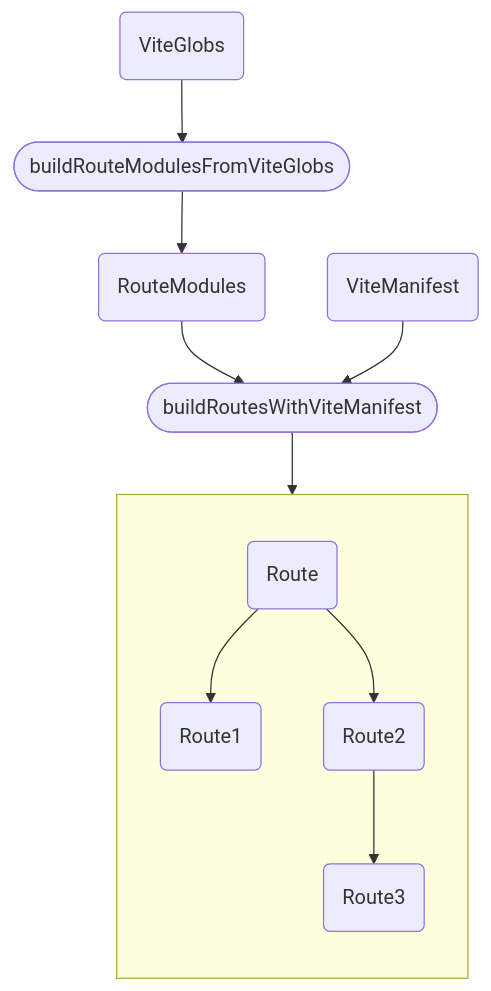
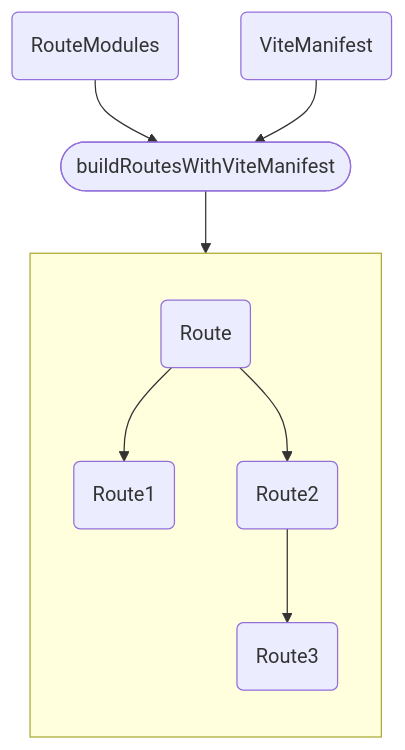
One commit to eu-ge-ne/enrouter changed the diagram in apps/web/src/app/docs/arch/routes/index.md. Above: the diagram before and after it, drawn with Mermaid. The commit also changed 75 other files, not shown here.

Commit message:
feat: route modules plugin (#69)

````diff
--- a/apps/web/src/app/docs/arch/routes/index.md
+++ b/apps/web/src/app/docs/arch/routes/index.md
@@ -5,28 +5,22 @@
 ```mermaid
 graph TB
-  VG(ViteGlobs)
+  RM(RouteModules)
   VM(ViteManifest)
-  BRM([buildRouteModulesFromViteGlobs])
-  RM(RouteModules)
   BR([buildRoutesWithViteManifest])
   subgraph RTT [" "]
     direction TB
 
     RT(Route)
     RT1(Route1)
     RT2(Route2)
     RT3(Route3)
 
     RT-->RT1
     RT-->RT2
     RT2-->RT3
   end;
 
-  VG-->BRM
-  BRM-->RM
   RM-->BR
-
   VM-->BR
-
   BR-->RTT
 ```
````
